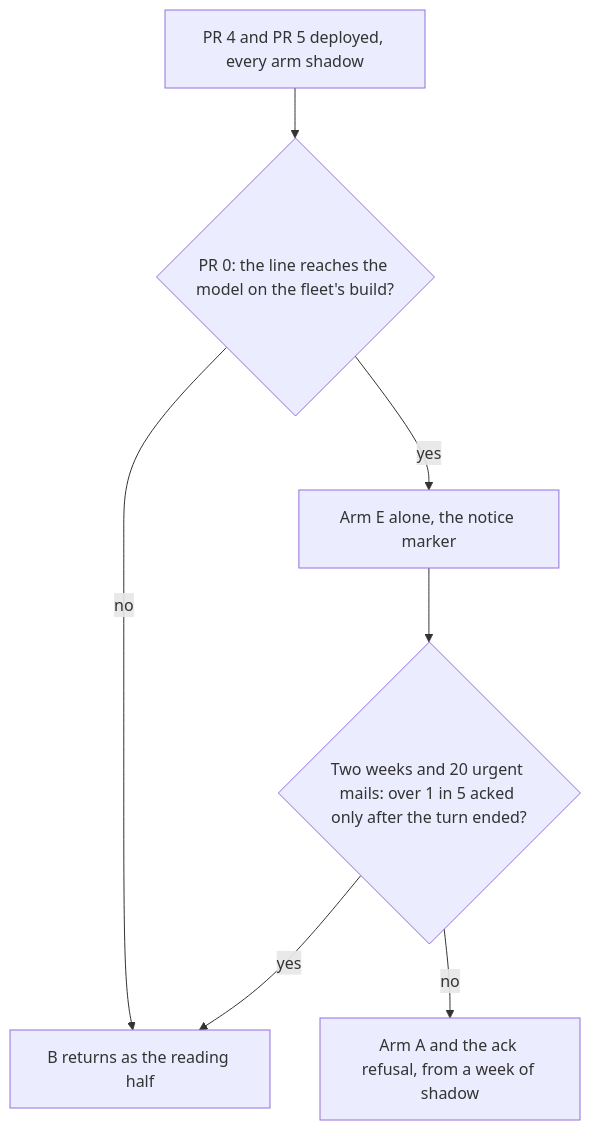
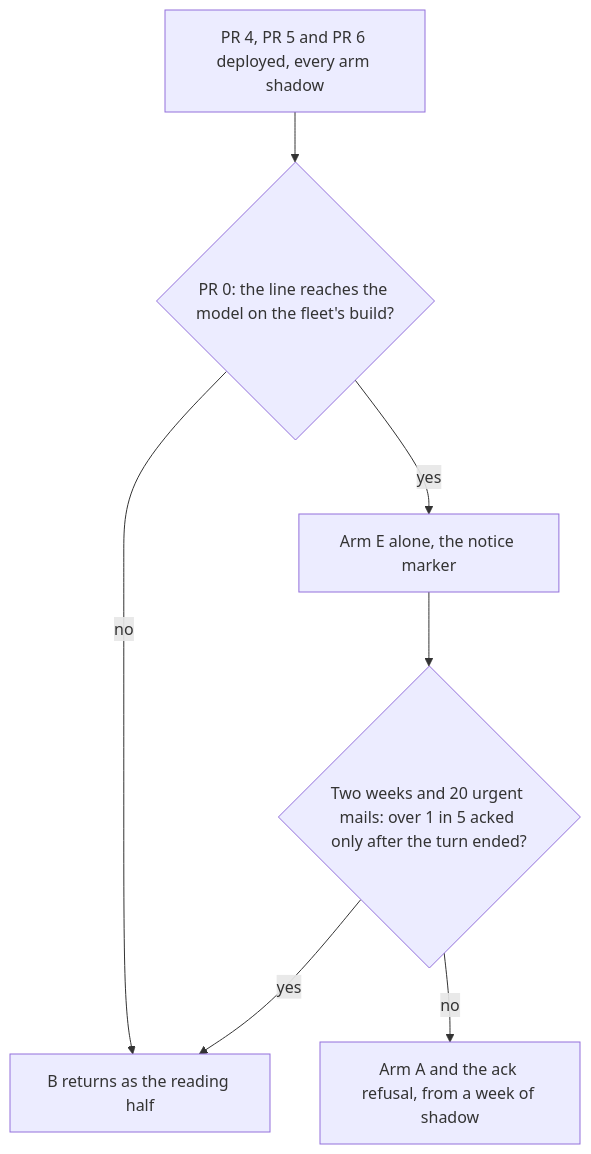
The second of 2 diagrams in docs/superpowers/plans/2026-11-19-mid-turn-mail.md (Synapsium-Labs/ccrc-pwa), drawn with Mermaid before and after one commit. The commit also changed other lines of this file and 1 other file, not shown here.

````diff
--- a/docs/superpowers/plans/2026-11-19-mid-turn-mail.md
+++ b/docs/superpowers/plans/2026-11-19-mid-turn-mail.md
@@ -530,15 +618,15 @@
 ```mermaid
 flowchart TD
-  S["PR 4 and PR 5 deployed, every arm shadow"]
+  S["PR 4, PR 5 and PR 6 deployed, every arm shadow"]
   R{"PR 0: the line reaches the model on the fleet's build?"}
   B["B returns as the reading half"]
   E["Arm E alone, the notice marker"]
   M{"Two weeks and 20 urgent mails: over 1 in 5 acked only after the turn ended?"}
   A["Arm A and the ack refusal, from a week of shadow"]
   S --> R
   R -- no --> B
   R -- yes --> E
   E --> M
   M -- yes --> B
   M -- no --> A
 ```
````
